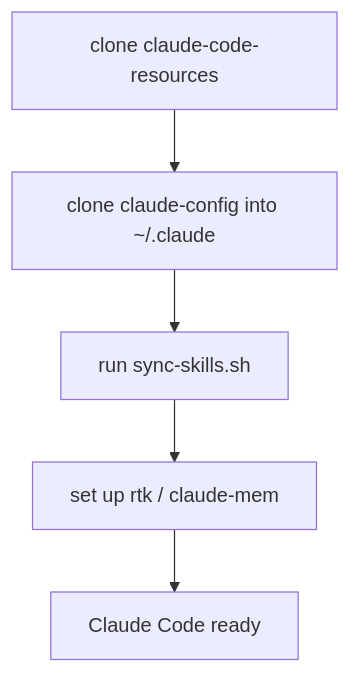
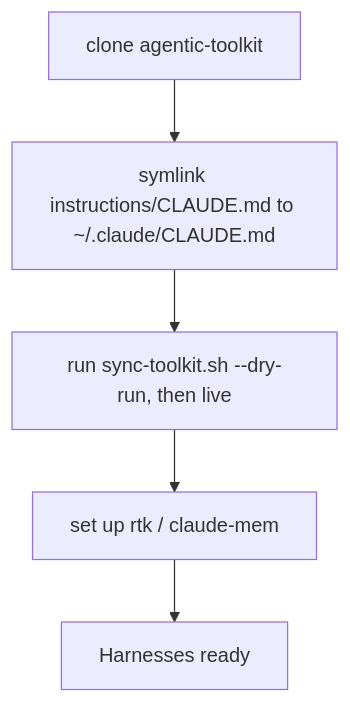
Before and after one commit to carlosboeing/agentic-toolkit: the diagram in guides/guide-new-machine-setup.md, drawn with Mermaid. The commit also changed other lines of this file and 54 other files, not shown here.

````diff
--- a/guides/guide-new-machine-setup.md
+++ b/guides/guide-new-machine-setup.md
@@ -16,7 +16,7 @@
 ```mermaid
 flowchart TD
-    A["clone claude-code-resources"] --> B["clone claude-config into ~/.claude"]
-    B --> C["run sync-skills.sh"]
+    A["clone agentic-toolkit"] --> B["symlink instructions/CLAUDE.md to ~/.claude/CLAUDE.md"]
+    B --> C["run sync-toolkit.sh --dry-run, then live"]
     C --> D["set up rtk / claude-mem"]
-    D --> E["Claude Code ready"]
+    D --> E["Harnesses ready"]
 ```
````
